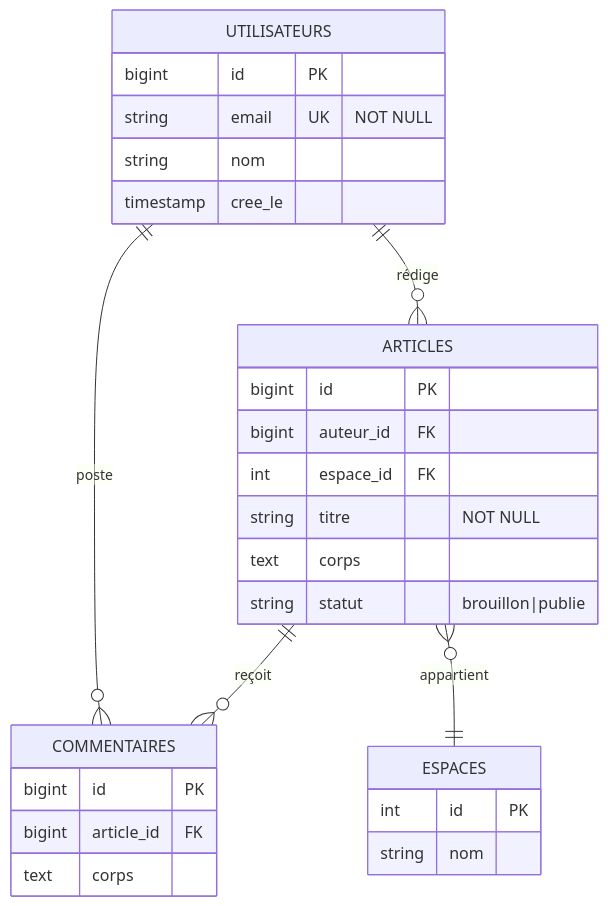
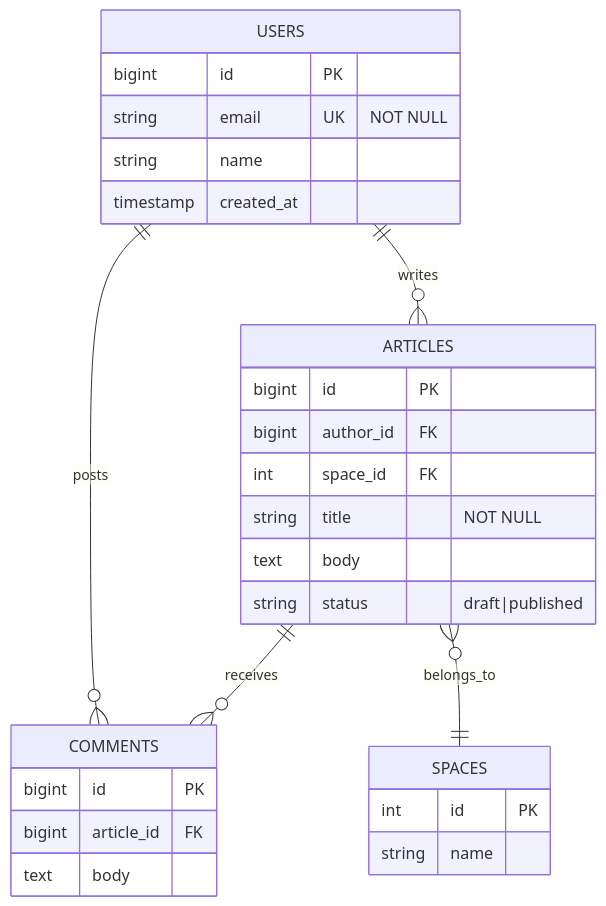
Before and after one commit to InnovateIt-ak/docusaurus: the eighth of 25 diagrams in docs/mermaid-diagrams.mdx, drawn with Mermaid. The commit also changed other lines of this file, not shown here.

First line of the commit message:
Translate the Mermaid reference page to English

````diff
--- a/docs/mermaid-diagrams.mdx
+++ b/docs/mermaid-diagrams.mdx
@@ -361,34 +359,34 @@
 ```mermaid
 erDiagram
-    UTILISATEURS ||--o{ ARTICLES : rédige
-    UTILISATEURS ||--o{ COMMENTAIRES : poste
-    ARTICLES ||--o{ COMMENTAIRES : reçoit
-    ARTICLES }o--|| ESPACES : appartient
+    USERS ||--o{ ARTICLES : writes
+    USERS ||--o{ COMMENTS : posts
+    ARTICLES ||--o{ COMMENTS : receives
+    ARTICLES }o--|| SPACES : belongs_to
 
-    UTILISATEURS {
+    USERS {
         bigint id PK
         string email UK "NOT NULL"
-        string nom
-        timestamp cree_le
+        string name
+        timestamp created_at
     }
 
     ARTICLES {
         bigint id PK
-        bigint auteur_id FK
-        int espace_id FK
-        string titre "NOT NULL"
-        text corps
-        string statut "brouillon|publie"
+        bigint author_id FK
+        int space_id FK
+        string title "NOT NULL"
+        text body
+        string status "draft|published"
     }
 
-    COMMENTAIRES {
+    COMMENTS {
         bigint id PK
         bigint article_id FK
-        text corps
+        text body
     }
 
-    ESPACES {
+    SPACES {
         int id PK
-        string nom
+        string name
     }
 ```
````
